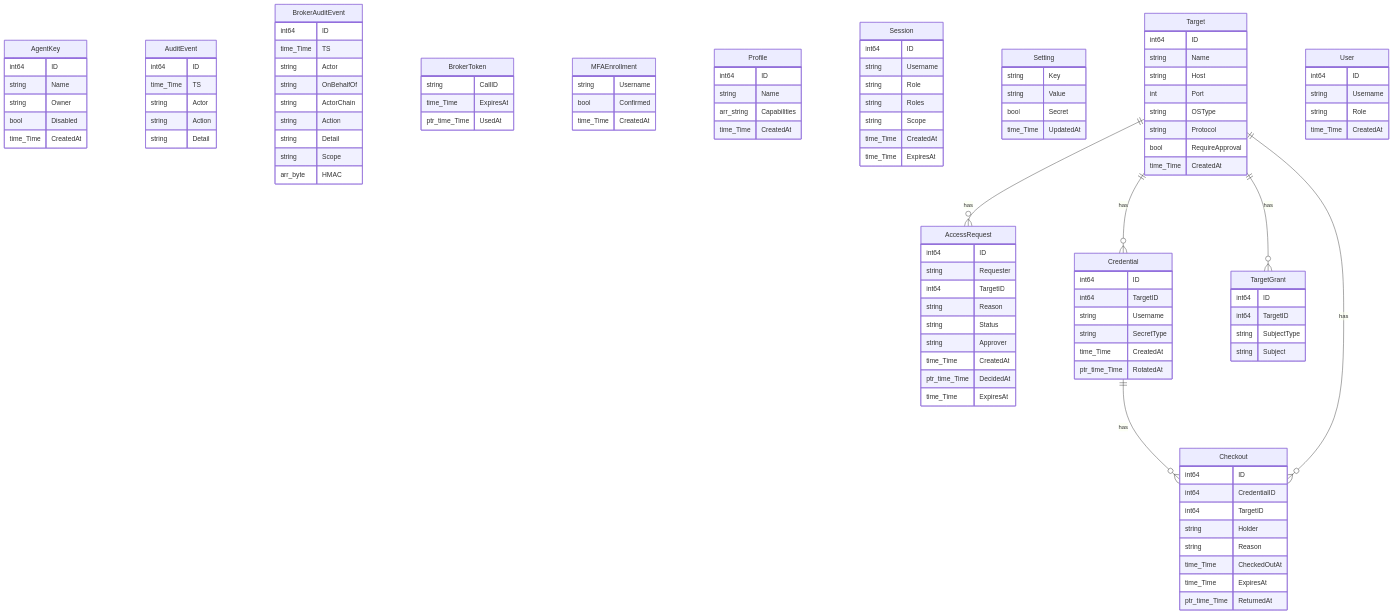
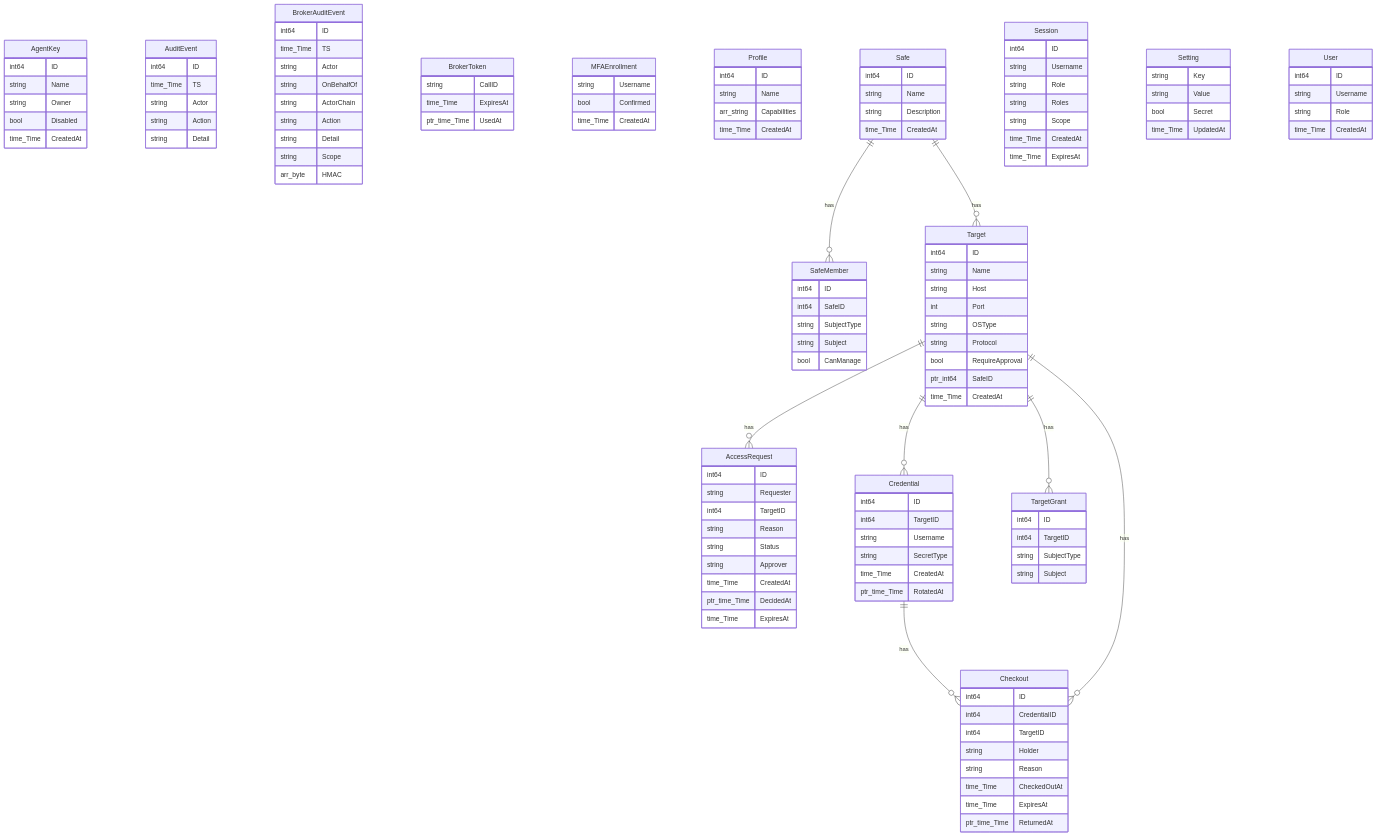
Before and after one commit to morandeirachema/pamv1: the second of 2 diagrams in docs/ARCHITECTURE-DIAGRAMS.md, drawn with Mermaid. The commit also changed other lines of this file and 18 other files, not shown here.

```diff
--- a/docs/ARCHITECTURE-DIAGRAMS.md
+++ b/docs/ARCHITECTURE-DIAGRAMS.md
@@ -206,6 +206,19 @@
     arr_string Capabilities
     time_Time CreatedAt
   }
+  Safe {
+    int64 ID
+    string Name
+    string Description
+    time_Time CreatedAt
+  }
+  SafeMember {
+    int64 ID
+    int64 SafeID
+    string SubjectType
+    string Subject
+    bool CanManage
+  }
   Session {
     int64 ID
     string Username
@@ -229,6 +242,7 @@
     string OSType
     string Protocol
     bool RequireApproval
+    ptr_int64 SafeID
     time_Time CreatedAt
   }
   TargetGrant {
@@ -244,6 +258,8 @@
     time_Time CreatedAt
   }
   Credential ||--o{ Checkout : "has"
+  Safe ||--o{ SafeMember : "has"
+  Safe ||--o{ Target : "has"
   Target ||--o{ AccessRequest : "has"
   Target ||--o{ Checkout : "has"
   Target ||--o{ Credential : "has"
```
